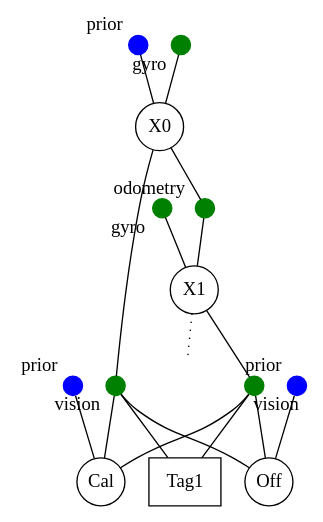
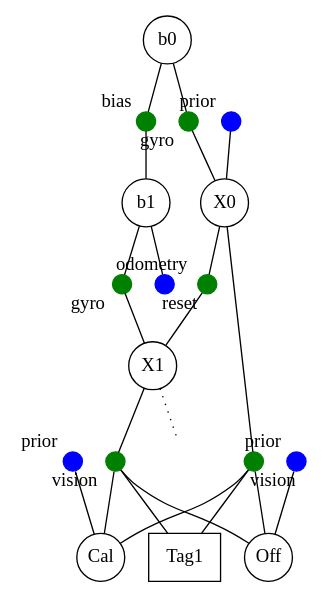
The diagram in raspberry_pi/doc/gtsam_model.dot (Team100/all24), drawn with Graphviz before and after one commit.

Commit message:
update diagram

```diff
--- a/raspberry_pi/doc/gtsam_model.dot
+++ b/raspberry_pi/doc/gtsam_model.dot
@@ -1,38 +1,47 @@
 /**
  * To render this file, install the tintinweb Graphviz preview extension and click
  * the little "DOT" that appears in the upper right.  Choose the "FDP" engine,
  * which notices the "pos" parameter.
  */
 graph {
     Xp [color = "blue";shape = "point";width = "0.2";xlabel = "prior";];
     X0 [label = "X0";shape = "circle";pos = "10,12!";margin = -0.1;];
     O0 [color = "green";shape = "point";width = "0.2";xlabel = "odometry";];
     X1 [label = "X1";shape = "circle";pos = "12,12!";margin = -0.1;];
     Xe [label = "";shape = "none";pos = "13,12!";];
     t0 [label = "Tag1";shape = "box";pos = "11,15!";];
     c0 [label = "Off";shape = "circle";margin = -0.1;pos = "11,14!";];
-    cp [color = "blue";shape = "point";width = "0.2";xlabel = "prior";];
+    cp [color = "blue";shape = "point";width = "0.2";pos = "12,14!";xlabel = "prior";];
     k0 [label = "Cal";shape = "circle";margin = -0.1;pos = "11,13!";];
-    kp [color = "blue";shape = "point";width = "0.2";xlabel = "prior";];
+    kp [color = "blue";shape = "point";width = "0.2";pos = "10,13!";xlabel = "prior";];
     v0 [color = "green";shape = "point";width = "0.2";xlabel = "vision";];
     v1 [color = "green";shape = "point";width = "0.2";xlabel = "vision ";];
     g0 [color = "green";shape = "point";width = "0.2";xlabel = "gyro";];
     g1 [color = "green";shape = "point";width = "0.2";xlabel = "gyro ";];
+    b0 [label = "b0";shape = "circle";pos = "10,10!";margin = -0.1;];
+    b1 [label = "b1";shape = "circle";pos = "12,10!";margin = -0.1;];
+    bb [color = "green";shape = "point";width = "0.2";xlabel = "bias";];
+    br [color = "blue";shape = "point";width = "0.2";xlabel = "reset";];
     
     Xp -- X0;
     X0 -- O0;
     O0 -- X1;
     X1 -- Xe [style = "dotted";];
     X0 -- v0;
     X1 -- v1;
     v0 -- t0;
     v1 -- t0;
     cp -- c0;
     v0 -- c0;
     v1 -- c0;
     kp -- k0;
     v0 -- k0;
     v1 -- k0;
     g0 -- X0;
     g1 -- X1;
+    b0 -- g0;
+    b1 -- g1;
+    b0 -- bb;
+    bb -- b1;
+    b1 -- br;
 }
```
